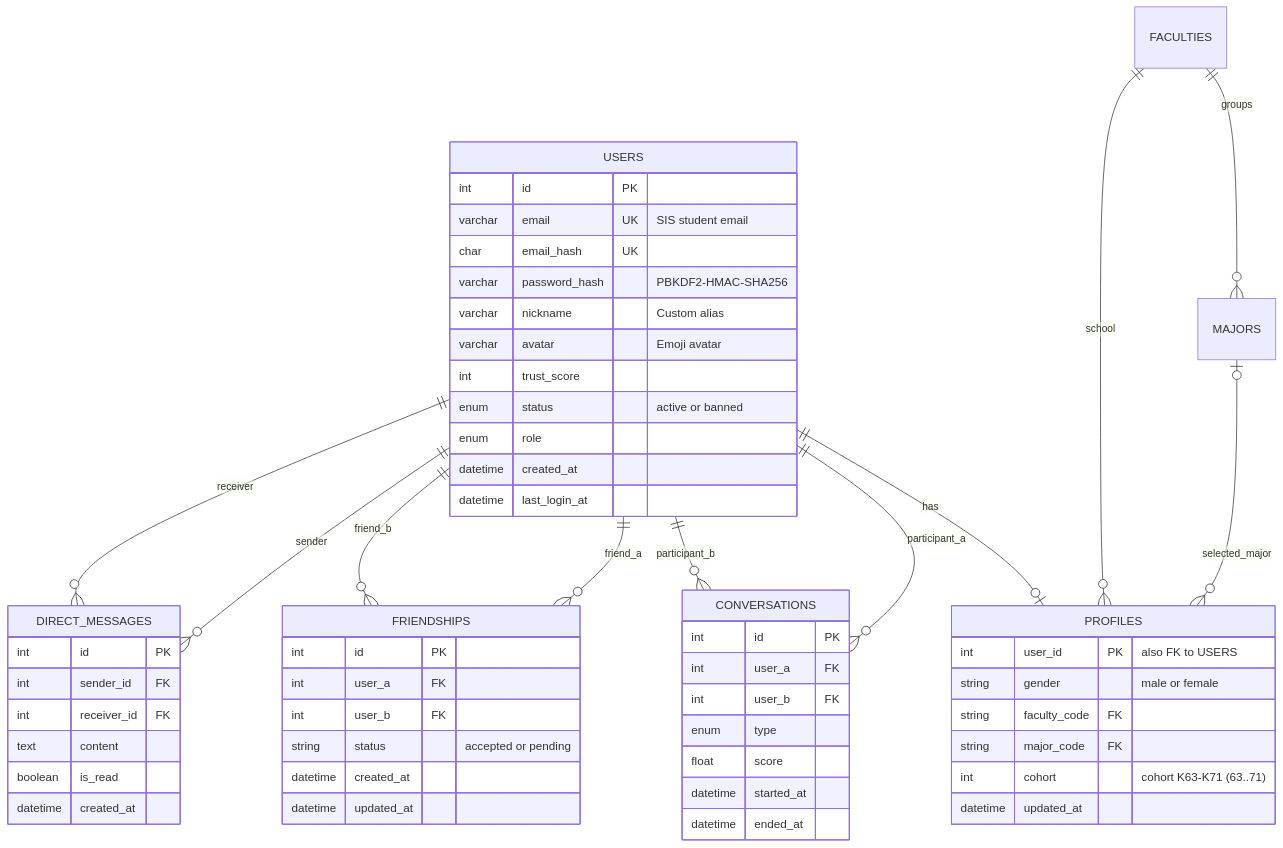
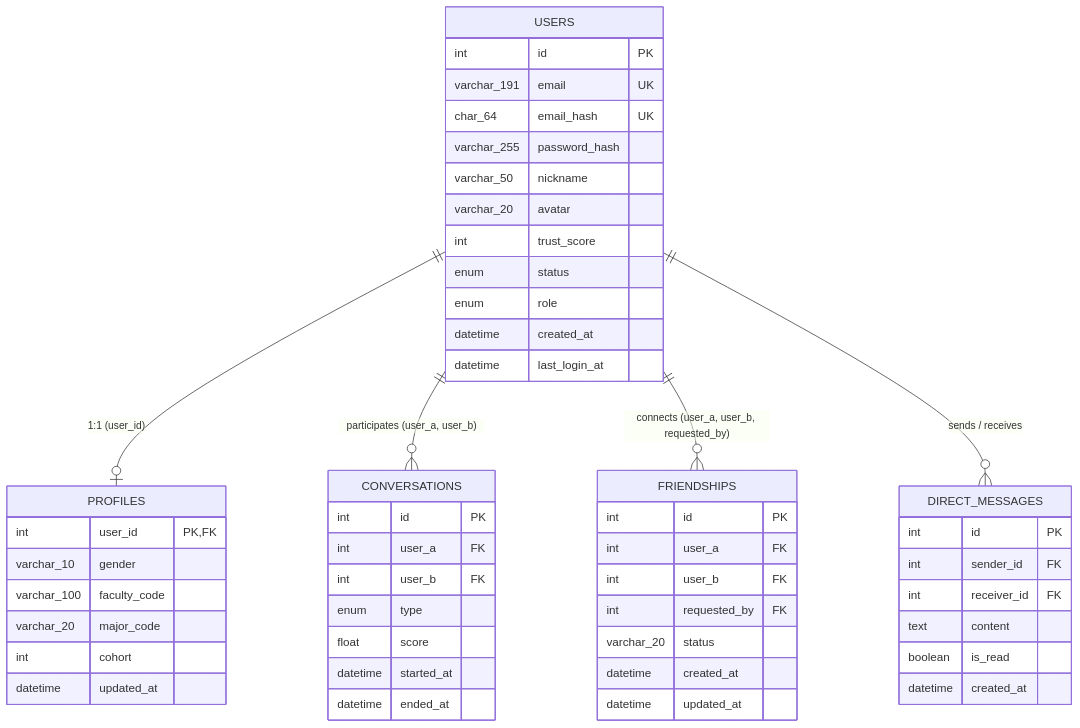
Before and after one commit to maitrang051106/project_1: the diagram in db/schema.md, drawn with Mermaid. The commit also changed other lines of this file and 33 other files, not shown here.

````diff
--- a/db/schema.md
+++ b/db/schema.md
@@ -8,60 +10,59 @@
 ```mermaid
 erDiagram
-    USERS ||--o| PROFILES : "has"
-    USERS ||--o{ CONVERSATIONS : "participant_a"
-    USERS ||--o{ CONVERSATIONS : "participant_b"
-    USERS ||--o{ FRIENDSHIPS : "friend_a"
-    USERS ||--o{ FRIENDSHIPS : "friend_b"
-    USERS ||--o{ DIRECT_MESSAGES : "sender"
-    USERS ||--o{ DIRECT_MESSAGES : "receiver"
-    FACULTIES ||--o{ MAJORS : "groups"
-    FACULTIES ||--o{ PROFILES : "school"
-    MAJORS o|--o{ PROFILES : "selected_major"
+    USERS ||--o| PROFILES : "1:1 (user_id)"
+    USERS ||--o{ CONVERSATIONS : "participates (user_a, user_b)"
+    USERS ||--o{ FRIENDSHIPS : "connects (user_a, user_b, requested_by)"
+    USERS ||--o{ DIRECT_MESSAGES : "sends / receives"
 
     USERS {
         int id PK
-        varchar email UK "SIS student email"
-        char email_hash UK
-        varchar password_hash "PBKDF2-HMAC-SHA256"
-        varchar nickname "Custom alias"
-        varchar avatar "Emoji avatar"
+        varchar_191 email UK
+        char_64 email_hash UK
+        varchar_255 password_hash
+        varchar_50 nickname
+        varchar_20 avatar
         int trust_score
-        enum status "active or banned"
+        enum status
         enum role
         datetime created_at
         datetime last_login_at
     }
+
     PROFILES {
-        int user_id PK "also FK to USERS"
-        string gender "male or female"
-        string faculty_code FK
-        string major_code FK
-        int cohort "cohort K63-K71 (63..71)"
+        int user_id PK, FK
+        varchar_10 gender
+        varchar_100 faculty_code
+        varchar_20 major_code
+        int cohort
         datetime updated_at
     }
+
     CONVERSATIONS {
         int id PK
         int user_a FK
         int user_b FK
         enum type
         float score
         datetime started_at
         datetime ended_at
     }
+
     FRIENDSHIPS {
         int id PK
         int user_a FK
         int user_b FK
-        string status "accepted or pending"
+        int requested_by FK
+        varchar_20 status
         datetime created_at
         datetime updated_at
     }
+
     DIRECT_MESSAGES {
         int id PK
         int sender_id FK
         int receiver_id FK
         text content
         boolean is_read
         datetime created_at
     }
 ```
````
